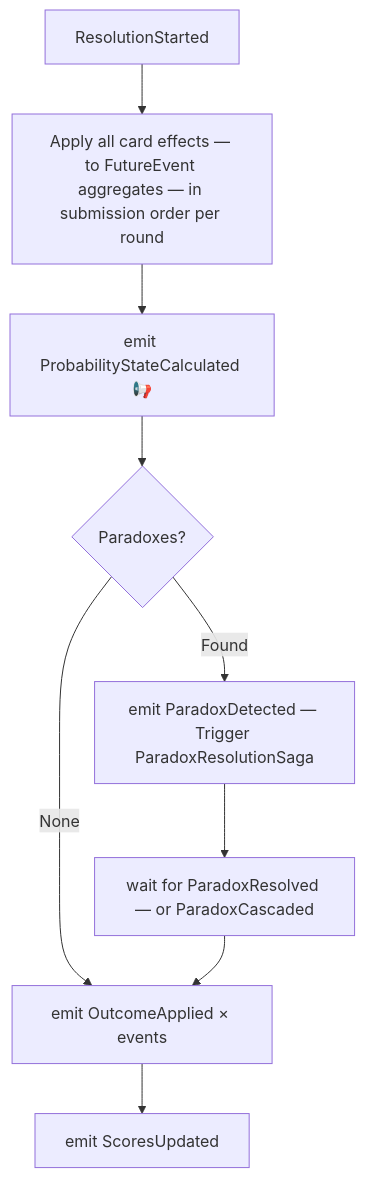
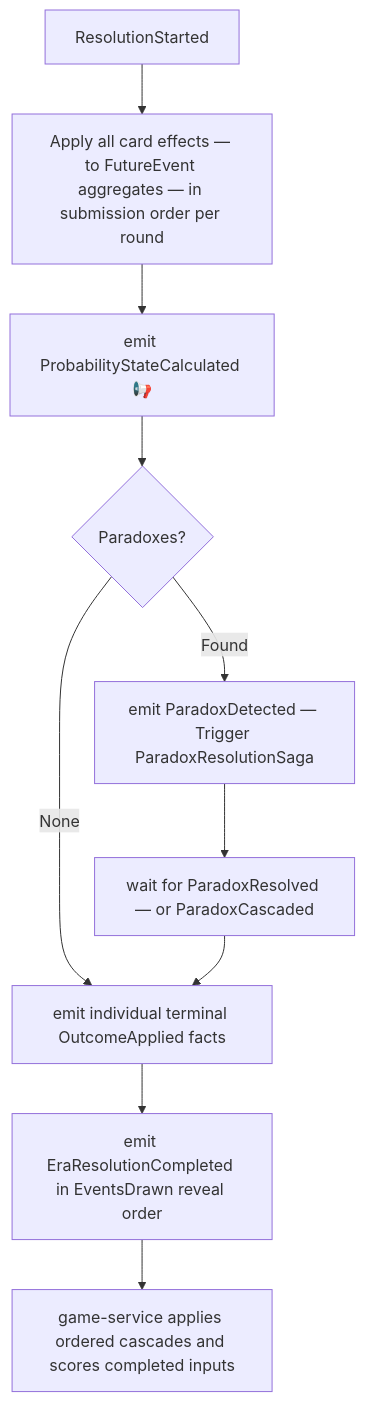
Before and after one commit to temporal-rift/docs: the diagram in sagas/resolution.mdx, drawn with Mermaid. The commit also changed other lines of this file and 11 other files, not shown here.

````diff
--- a/sagas/resolution.mdx
+++ b/sagas/resolution.mdx
@@ -11,11 +11,12 @@
 ```mermaid
 flowchart TD
   A[ResolutionStarted] --> B[Apply all card effects — to FutureEvent aggregates — in submission order per round]
   B --> C[emit ProbabilityStateCalculated 📢]
   C --> D{Paradoxes?}
-  D -->|None| E[emit OutcomeApplied × events]
+  D -->|None| E[emit individual terminal OutcomeApplied facts]
   D -->|Found| F[emit ParadoxDetected — Trigger ParadoxResolutionSaga]
   F --> G[wait for ParadoxResolved — or ParadoxCascaded]
   G --> E
-  E --> H[emit ScoresUpdated]
+  E --> H[emit EraResolutionCompleted in EventsDrawn reveal order]
+  H --> I[game-service applies ordered cascades and scores completed inputs]
 ```
````
